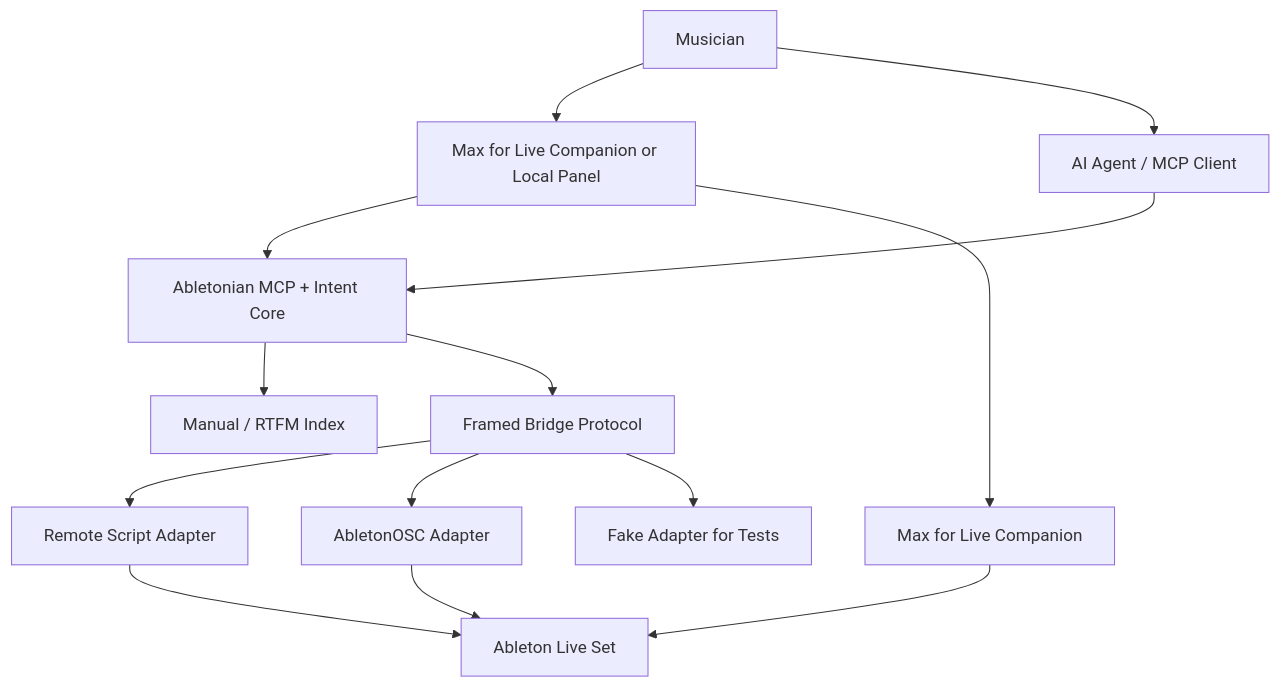
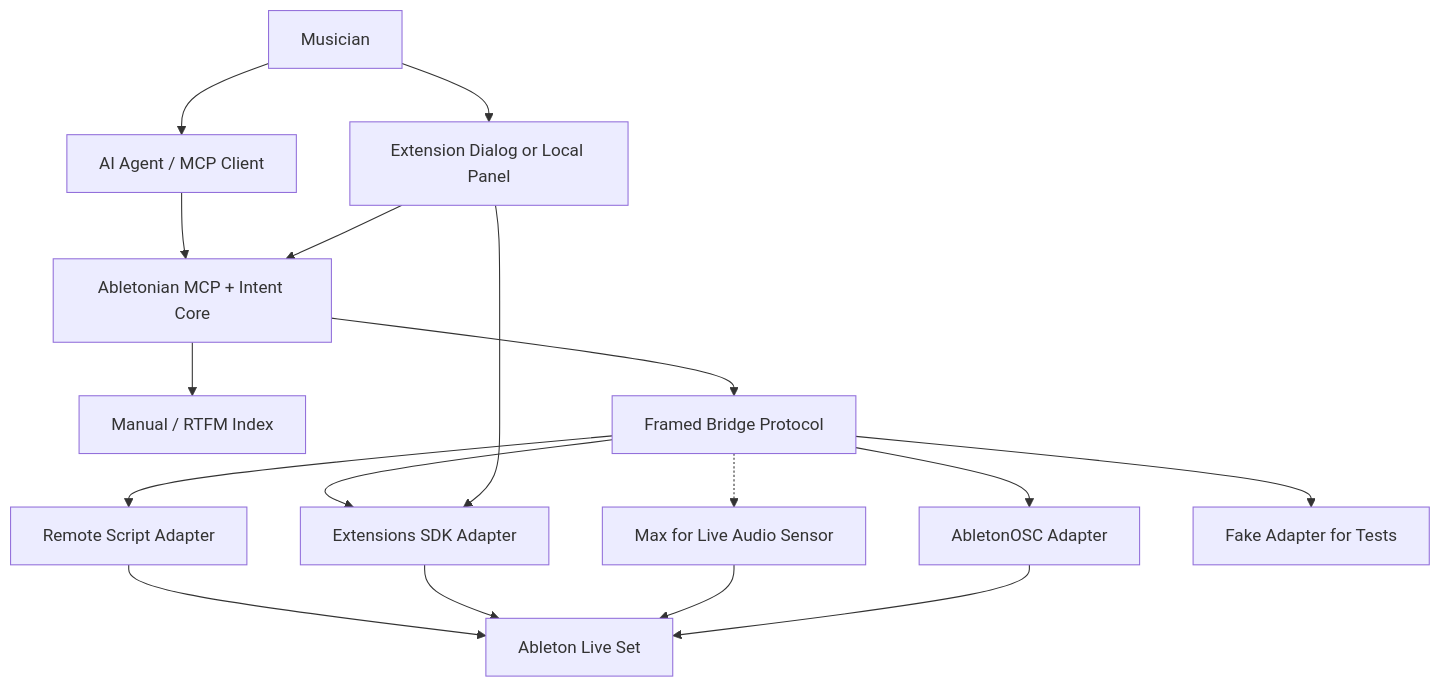
One commit to fadnavismehul/abletonian changed the diagram in docs/engineering/integration-options.md. Above: the diagram before and after it, drawn with Mermaid. The commit also changed other lines of this file and 5 other files, not shown here.

First line of the commit message:
docs: reframe around the harness, add the Extensions SDK path

````diff
--- a/docs/engineering/integration-options.md
+++ b/docs/engineering/integration-options.md
@@ -237,28 +281,32 @@
 ```mermaid
 graph TD
     User[Musician]
     Agent[AI Agent / MCP Client]
-    UI[Max for Live Companion or Local Panel]
+    UI[Extension Dialog or Local Panel]
     Core[Abletonian MCP + Intent Core]
     RTFM[Manual / RTFM Index]
     Bridge[Framed Bridge Protocol]
     Remote[Remote Script Adapter]
-    M4L[Max for Live Companion]
+    Ext[Extensions SDK Adapter]
+    M4L[Max for Live Audio Sensor]
     OSC[AbletonOSC Adapter]
     Fake[Fake Adapter for Tests]
     Live[Ableton Live Set]
 
     User --> UI
     User --> Agent
     Agent --> Core
     UI --> Core
     Core --> RTFM
     Core --> Bridge
     Bridge --> Remote
+    Bridge --> Ext
     Bridge --> OSC
     Bridge --> Fake
-    UI --> M4L
+    Bridge -.-> M4L
+    UI --> Ext
     Remote --> Live
+    Ext --> Live
     M4L --> Live
     OSC --> Live
 ```
````
